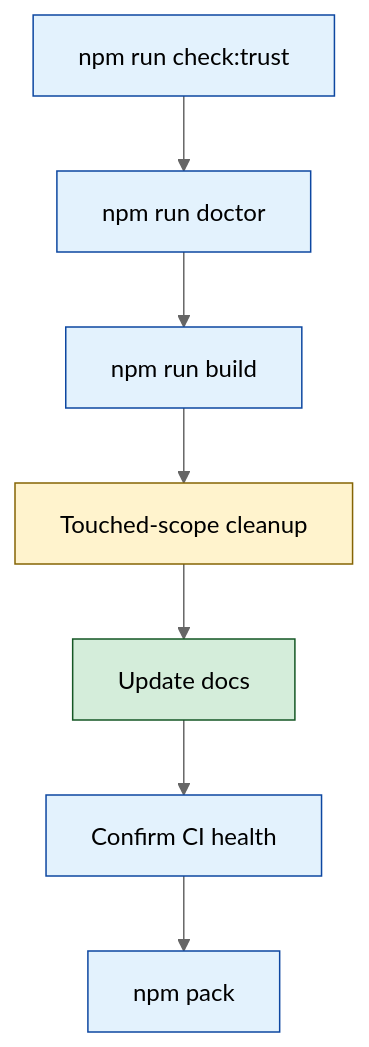
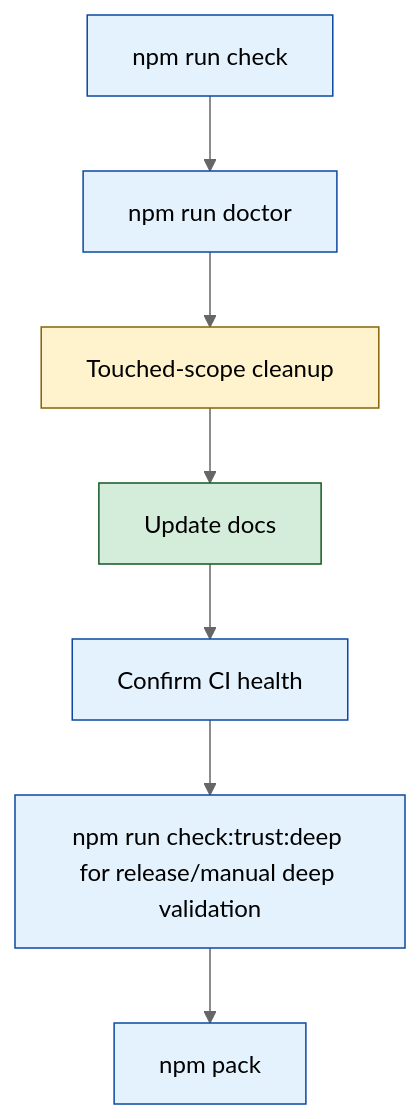
Before and after one commit to BokX1/Sage: the second of 3 diagrams in docs/operations/RUNBOOK.md, drawn with Mermaid (neutral theme). The commit also changed other lines of this file and 20 other files, not shown here.

````diff
--- a/docs/operations/RUNBOOK.md
+++ b/docs/operations/RUNBOOK.md
@@ -115,13 +115,13 @@
 ```mermaid
 flowchart TD
     classDef gate fill:#e3f2fd,stroke:#0d47a1,color:black
     classDef cleanup fill:#fff3cd,stroke:#856404,color:black
     classDef docs fill:#d4edda,stroke:#155724,color:black
 
-    A[npm run check:trust]:::gate --> B[npm run doctor]:::gate
-    B --> C[npm run build]:::gate
-    C --> D[Touched-scope cleanup]:::cleanup
-    D --> E[Update docs]:::docs
-    E --> F[Confirm CI health]:::gate
+    A[npm run check]:::gate --> B[npm run doctor]:::gate
+    B --> C[Touched-scope cleanup]:::cleanup
+    C --> D[Update docs]:::docs
+    D --> E[Confirm CI health]:::gate
+    E --> F[npm run check:trust:deep for release/manual deep validation]:::gate
     F --> G[npm pack]:::gate
 ```
````
